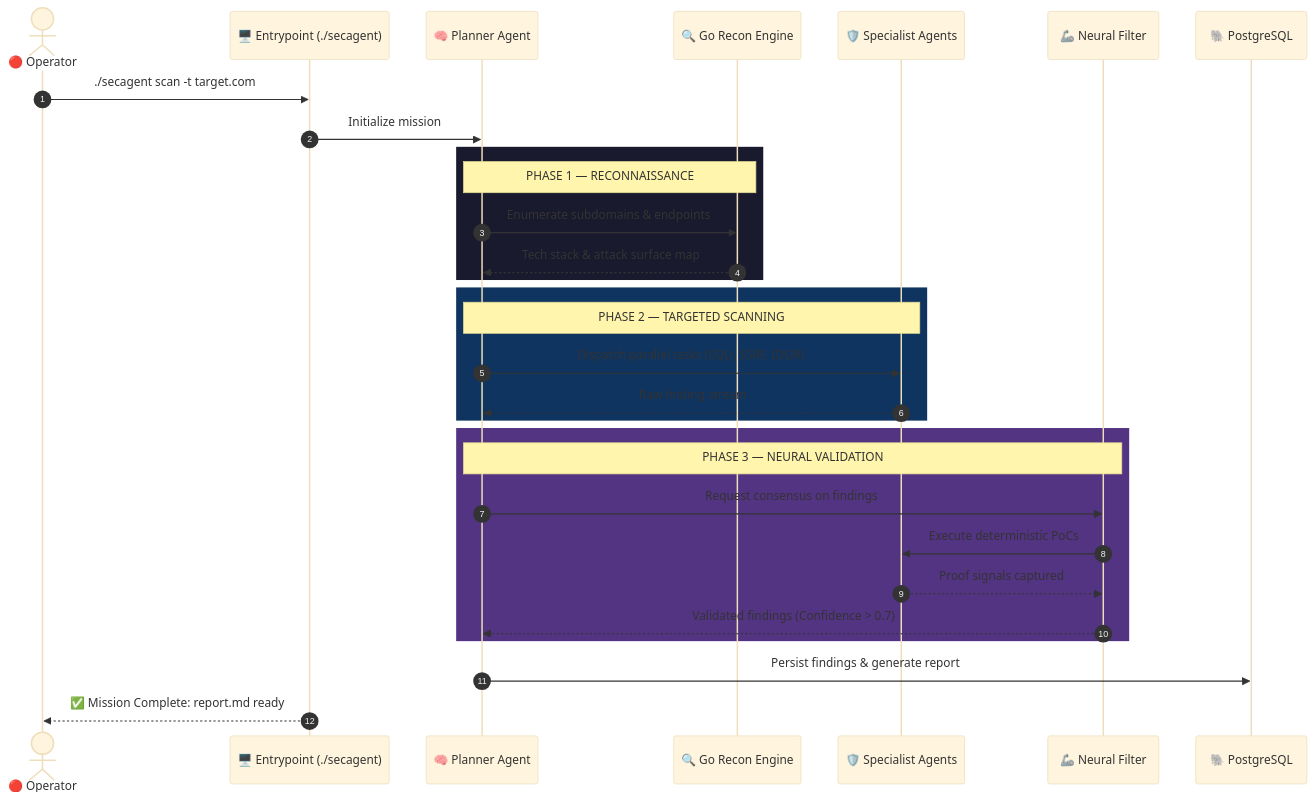
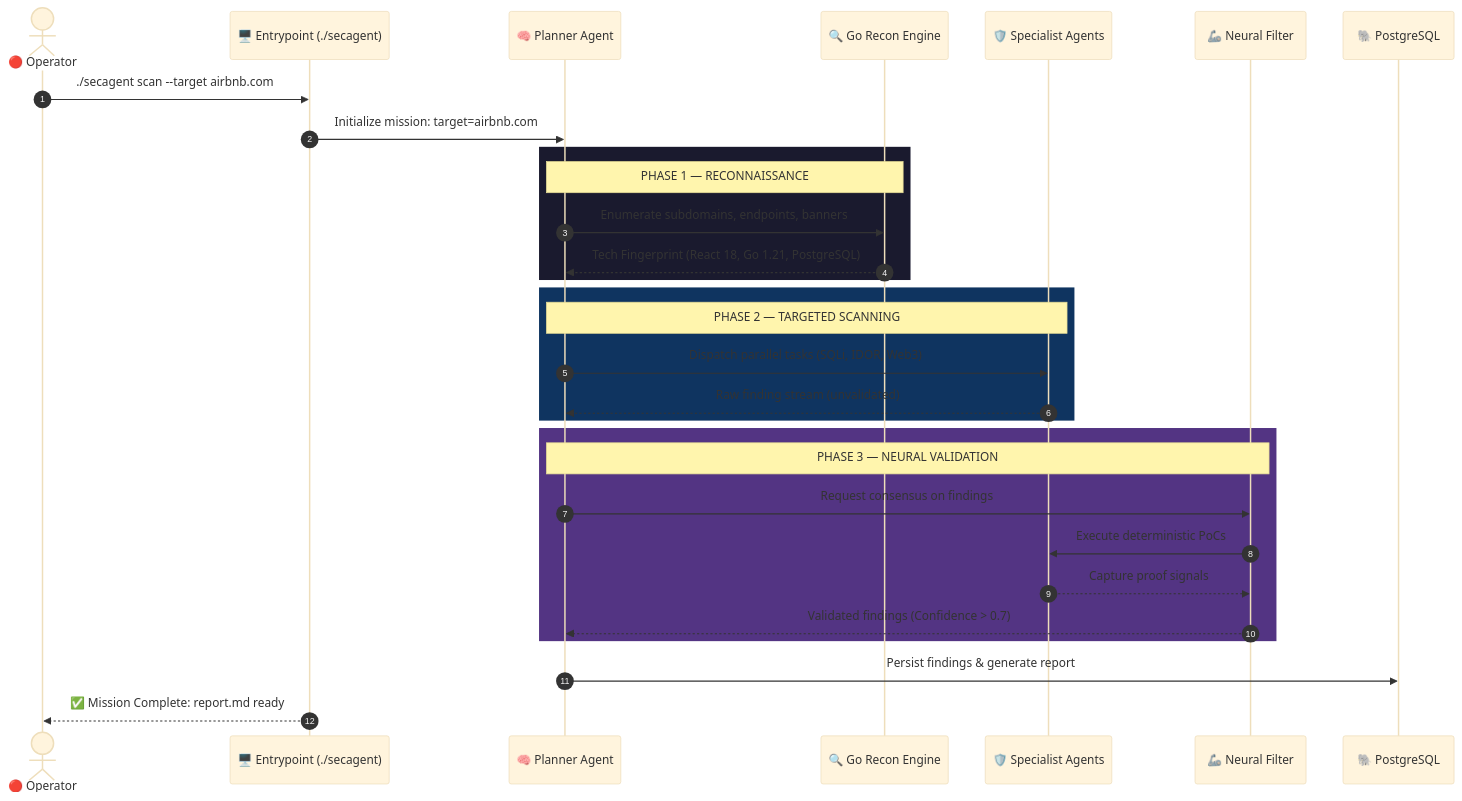
One commit to gl1tch0x1/cog-ai changed the second of 3 diagrams in README.md. Above: the diagram before and after it, drawn with Mermaid (base theme). The commit also changed other lines of this file, not shown here.

````diff
--- a/README.md
+++ b/README.md
@@ -131,37 +133,37 @@
 ```mermaid
 sequenceDiagram
     autonumber
     actor Operator as 🔴 Operator
     participant CLI as 🖥️ Entrypoint (./secagent)
     participant Planner as 🧠 Planner Agent
     participant Recon as 🔍 Go Recon Engine
     participant Scanners as 🛡️ Specialist Agents
     participant Filter as 🦾 Neural Filter
     participant DB as 🐘 PostgreSQL
 
-    Operator->>CLI: ./secagent scan -t target.com
-    CLI->>Planner: Initialize mission
+    Operator->>CLI: ./secagent scan --target airbnb.com
+    CLI->>Planner: Initialize mission: target=airbnb.com
 
     rect rgb(26, 26, 46)
         Note over Planner,Recon: PHASE 1 — RECONNAISSANCE
-        Planner->>Recon: Enumerate subdomains & endpoints
-        Recon-->>Planner: Tech stack & attack surface map
+        Planner->>Recon: Enumerate subdomains, endpoints, banners
+        Recon-->>Planner: Tech Fingerprint (React 18, Go 1.21, PostgreSQL)
     end
 
     rect rgb(15, 52, 96)
         Note over Planner,Scanners: PHASE 2 — TARGETED SCANNING
-        Planner->>Scanners: Dispatch parallel tasks (SQLi, SSRF, IDOR)
-        Scanners-->>Planner: Raw finding stream
+        Planner->>Scanners: Dispatch parallel tasks (SQLi, IDOR, Web3)
+        Scanners-->>Planner: Raw finding stream (unvalidated)
     end
 
     rect rgb(83, 52, 131)
         Note over Planner,Filter: PHASE 3 — NEURAL VALIDATION
         Planner->>Filter: Request consensus on findings
         Filter->>Scanners: Execute deterministic PoCs
-        Scanners-->>Filter: Proof signals captured
+        Scanners-->>Filter: Capture proof signals
         Filter-->>Planner: Validated findings (Confidence > 0.7)
     end
 
     Planner->>DB: Persist findings & generate report
     CLI-->>Operator: ✅ Mission Complete: report.md ready
 ```
````
